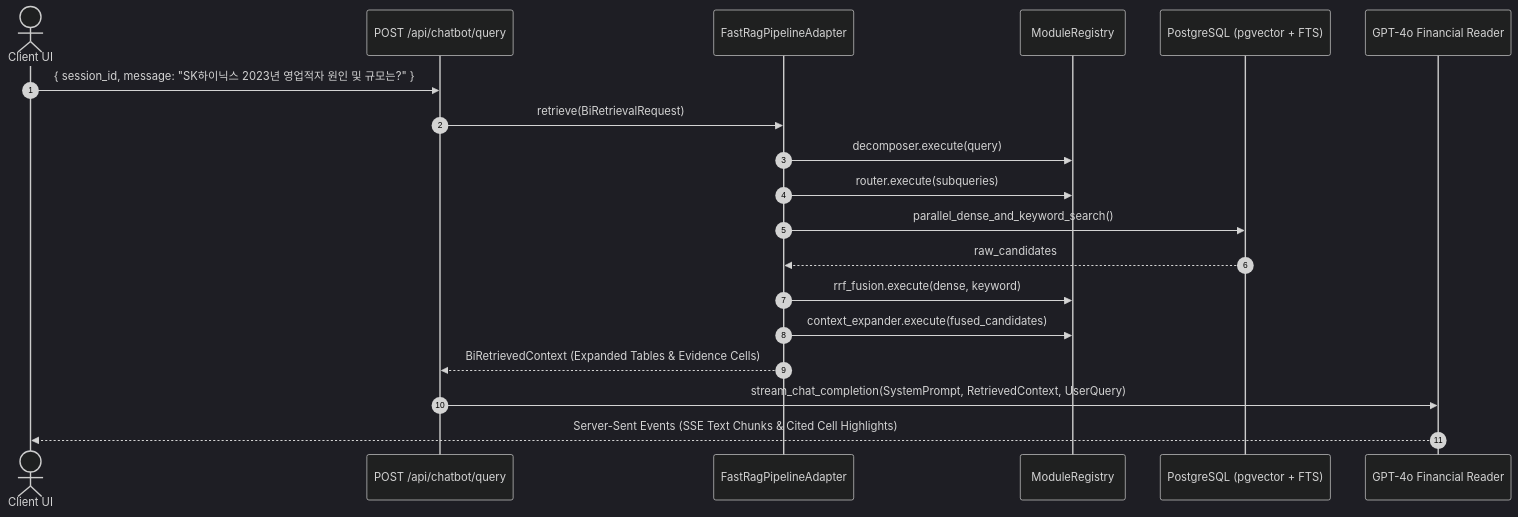
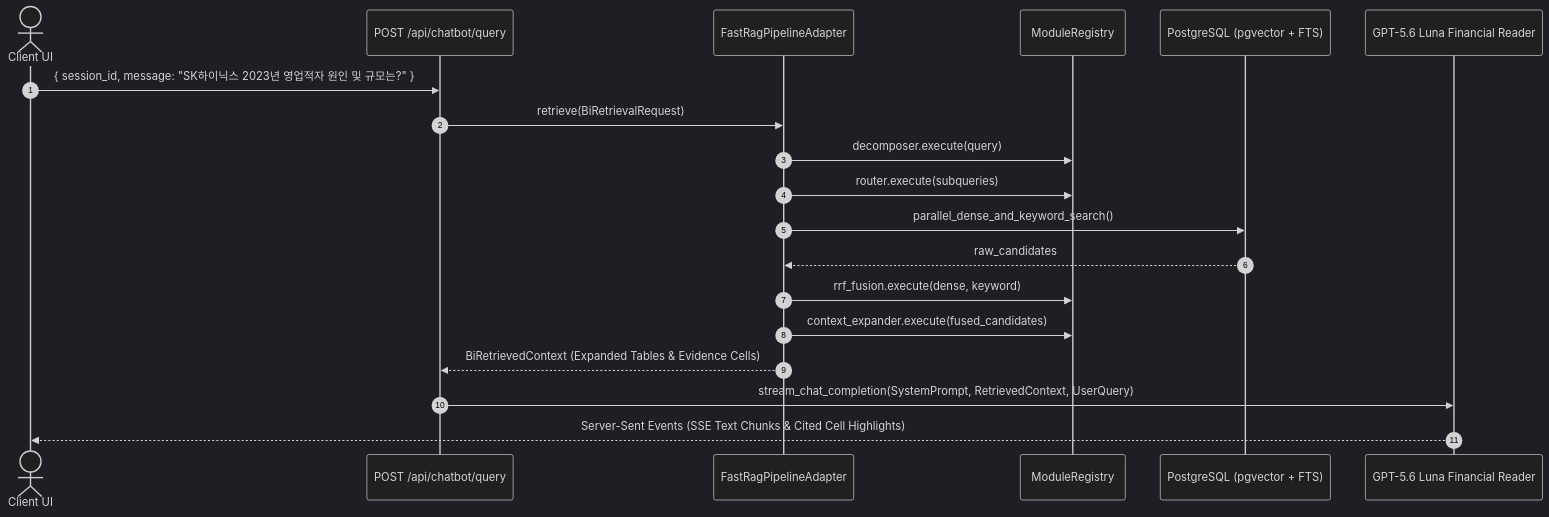
The second of 2 diagrams in docs/04_workspace_blueprints/BP-404_ws_ai_financial_chatbot.md (bist-mini-final/bist-mini-final), drawn with Mermaid (dark theme) before and after one commit. The commit also changed 5 other files, not shown here.

Commit message:
docs: update model specifications to GPT-5.6 Luna across all blueprints

````diff
--- a/docs/04_workspace_blueprints/BP-404_ws_ai_financial_chatbot.md
+++ b/docs/04_workspace_blueprints/BP-404_ws_ai_financial_chatbot.md
@@ -41,22 +41,22 @@
 ```mermaid
 sequenceDiagram
     autonumber
     actor User as Client UI
     participant API as POST /api/chatbot/query
     participant Adapter as FastRagPipelineAdapter
     participant Reg as ModuleRegistry
     participant PG as PostgreSQL (pgvector + FTS)
-    participant LLM as GPT-4o Financial Reader
+    participant LLM as GPT-5.6 Luna Financial Reader
 
     User->>API: { session_id, message: "SK하이닉스 2023년 영업적자 원인 및 규모는?" }
     API->>Adapter: retrieve(BiRetrievalRequest)
     Adapter->>Reg: decomposer.execute(query)
     Adapter->>Reg: router.execute(subqueries)
     Adapter->>PG: parallel_dense_and_keyword_search()
     PG-->>Adapter: raw_candidates
     Adapter->>Reg: rrf_fusion.execute(dense, keyword)
     Adapter->>Reg: context_expander.execute(fused_candidates)
     Adapter-->>API: BiRetrievedContext (Expanded Tables & Evidence Cells)
     API->>LLM: stream_chat_completion(SystemPrompt, RetrievedContext, UserQuery)
     LLM-->>User: Server-Sent Events (SSE Text Chunks & Cited Cell Highlights)
 ```
````
